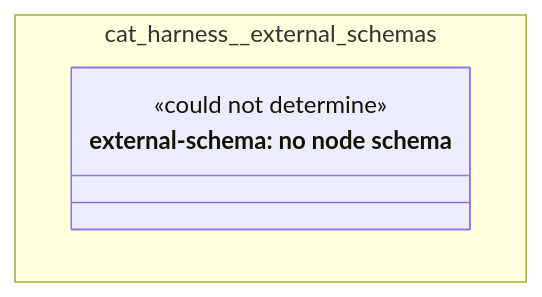
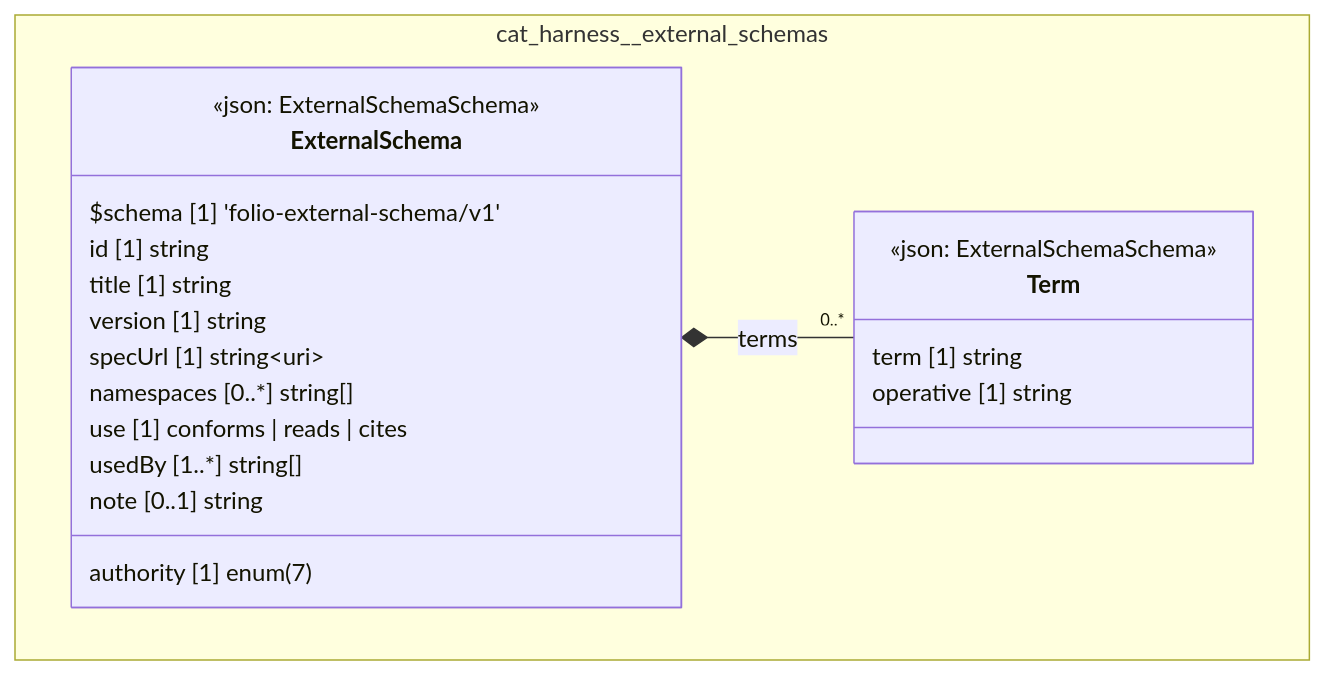
One commit to litlfred/folio-assistant changed the diagram in cat-harness/docs/uml/overview/cat-harness/external-schemas.md. Above: the diagram before and after it, drawn with Mermaid. The commit also changed other lines of this file and 220 other files, not shown here.

First line of the commit message:
quda: register node schemas for the graph kinds that had none

````diff
--- a/cat-harness/docs/uml/overview/cat-harness/external-schemas.md
+++ b/cat-harness/docs/uml/overview/cat-harness/external-schemas.md
@@ -12,11 +12,27 @@
 ```mermaid
 classDiagram
   direction TB
   namespace cat_harness__external_schemas {
-    class n_cat_harness_external_schemas_external_schema["external-schema: no node schema"] {
-      <<could not determine>>
+    class cat_harness_external_schemas_Term["Term"] {
+      <<json: ExternalSchemaSchema>>
+      term [1] string
+      operative [1] string
+    }
+    class cat_harness_external_schemas_ExternalSchema["ExternalSchema"] {
+      <<json: ExternalSchemaSchema>>
+      $schema [1] 'folio-external-schema/v1'
+      id [1] string
+      authority [1] enum(7)
+      title [1] string
+      version [1] string
+      specUrl [1] string~uri~
+      namespaces [0..*] string[]
+      use [1] conforms | reads | cites
+      usedBy [1..*] string[]
+      note [0..1] string
     }
   }
-  cssClass "n_cat_harness_external_schemas_external_schema" fa_uml_kind_external_schema
-  cssClass "n_cat_harness_external_schemas_external_schema" fa_uml_undetermined
+  cat_harness_external_schemas_ExternalSchema *-- "0..*" cat_harness_external_schemas_Term : terms
+  cssClass "cat_harness_external_schemas_Term" fa_uml_kind_external_schema
+  cssClass "cat_harness_external_schemas_ExternalSchema" fa_uml_kind_external_schema
 ```
````
